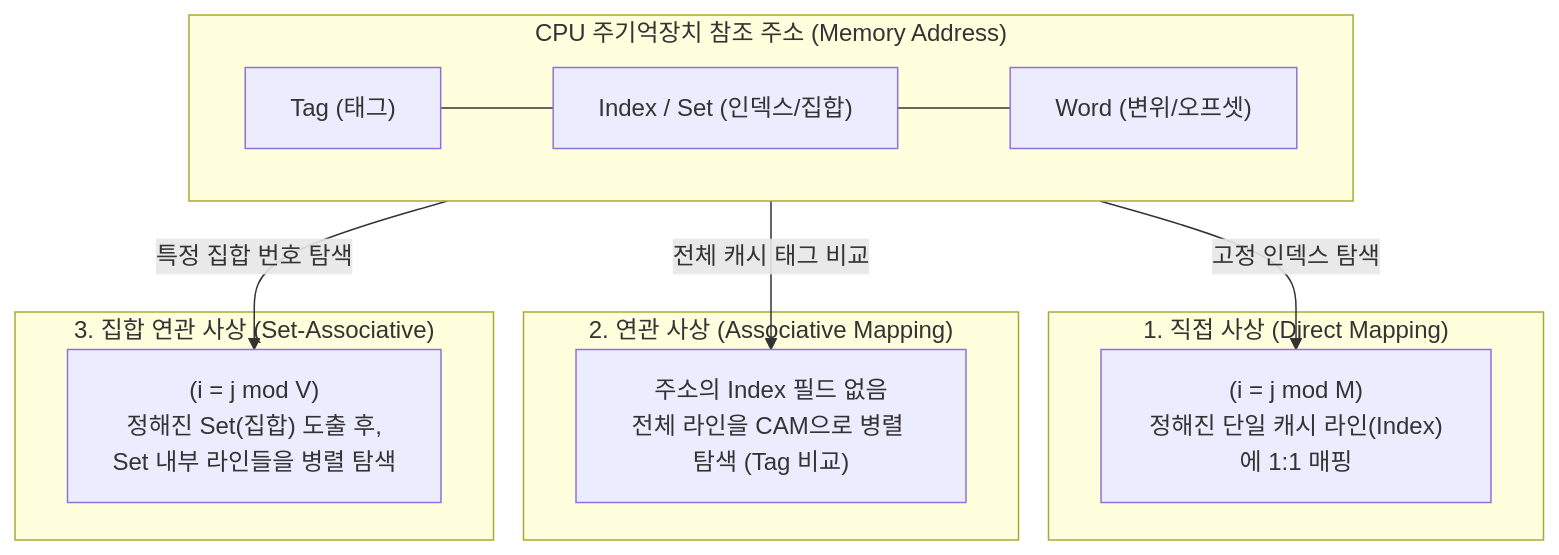
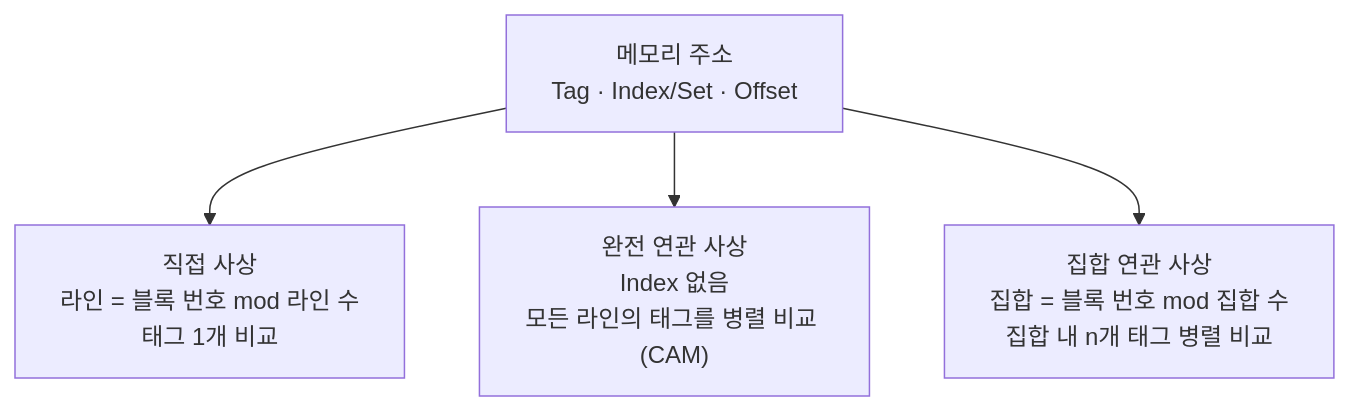
One commit to supremethumb/supremethumb.github.io changed the diagram in content/01_IT Tech/사상 기법.md. Above: the diagram before and after it, drawn with Mermaid. The commit also changed other lines of this file and 1087 other files, not shown here.

````diff
--- a/content/01_IT Tech/사상 기법.md
+++ b/content/01_IT Tech/사상 기법.md
@@ -23,24 +33,6 @@
 ```mermaid
 flowchart TD
-    subgraph CPU["CPU 주기억장치 참조 주소 (Memory Address)"]
-        direction LR
-        T["Tag (태그)"] --- I["Index / Set (인덱스/집합)"] --- W["Word (변위/오프셋)"]
-    end
-
-    subgraph M1["1. 직접 사상 (Direct Mapping)"]
-        D1["(i = j mod M)<br>정해진 단일 캐시 라인(Index)에 1:1 매핑"]
-    end
-
-    subgraph M2["2. 연관 사상 (Associative Mapping)"]
-        A1["주소의 Index 필드 없음<br>전체 라인을 CAM으로 병렬 탐색 (Tag 비교)"]
-    end
-
-    subgraph M3["3. 집합 연관 사상 (Set-Associative)"]
-        S1["(i = j mod V)<br>정해진 Set(집합) 도출 후,<br>Set 내부 라인들을 병렬 탐색"]
-    end
-
-    I -->|고정 인덱스 탐색| D1
-    T -->|전체 캐시 태그 비교| A1
-    I -->|특정 집합 번호 탐색| S1
-
+    ADDR["메모리 주소<br/>Tag · Index/Set · Offset"] --> D["직접 사상<br/>라인 = 블록 번호 mod 라인 수<br/>태그 1개 비교"]
+    ADDR --> A["완전 연관 사상<br/>Index 없음<br/>모든 라인의 태그를 병렬 비교 (CAM)"]
+    ADDR --> S["집합 연관 사상<br/>집합 = 블록 번호 mod 집합 수<br/>집합 내 n개 태그 병렬 비교"]
 ```
````
